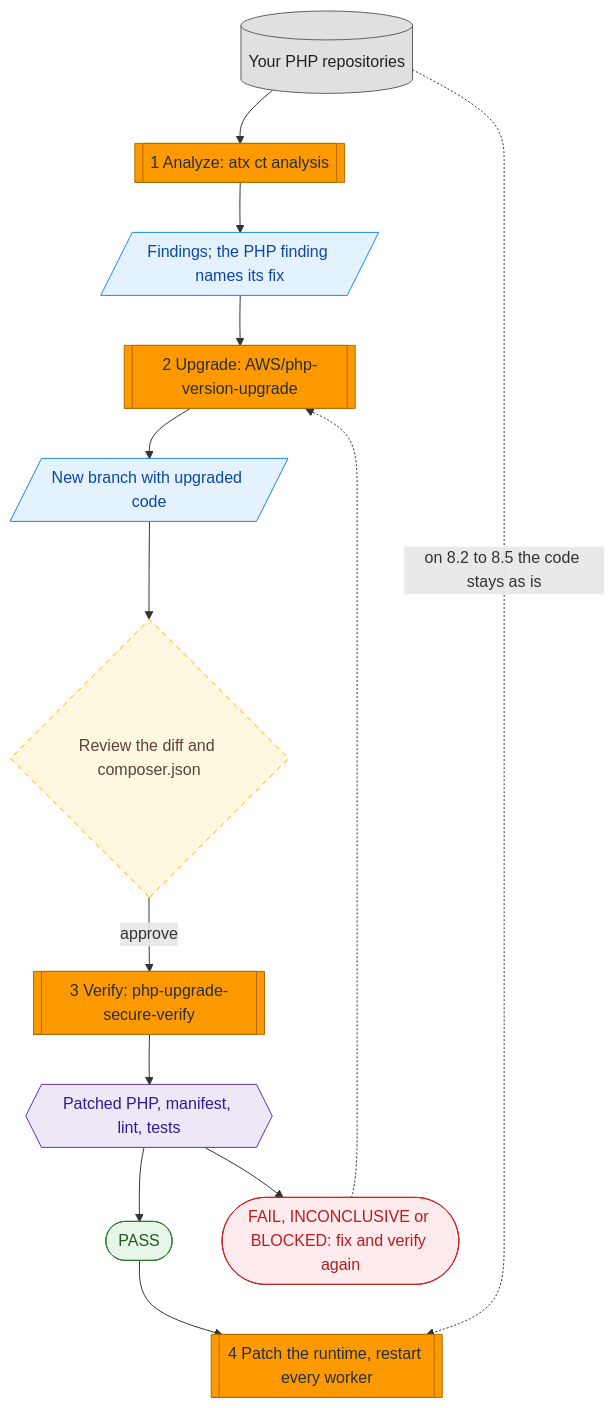
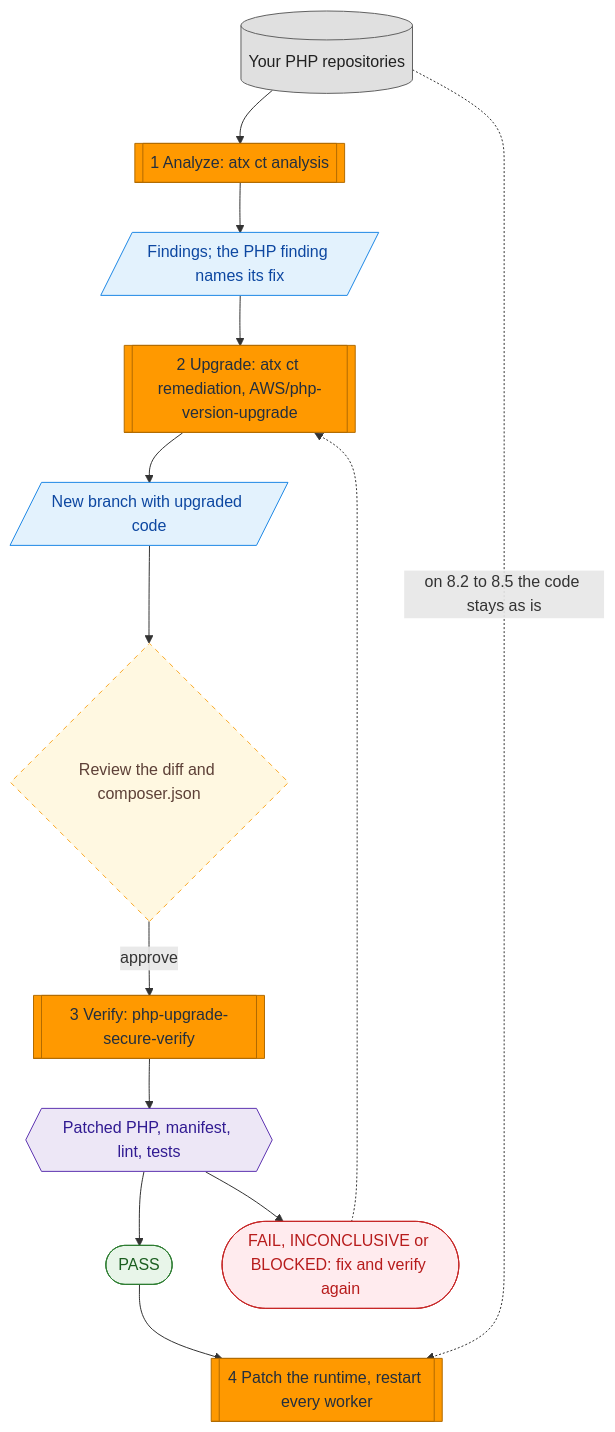
One commit to aws-samples/aws-transform-custom-samples changed the diagram in community-sourced-transformations/php2shell-patch-and-verify/README.md. Above: the diagram before and after it, drawn with Mermaid. The commit also changed other lines of this file and 1 other file, not shown here.

First line of the commit message:
php2shell: start step 2 from continuous modernization findings (atx ct remediation create)

````diff
--- a/community-sourced-transformations/php2shell-patch-and-verify/README.md
+++ b/community-sourced-transformations/php2shell-patch-and-verify/README.md
@@ -34,36 +34,36 @@
 ```mermaid
 flowchart TB
     R[("Your PHP repositories")]
     S1[["1 Analyze: atx ct analysis"]]
     F1[/"Findings; the PHP finding names its fix"/]
-    S2[["2 Upgrade: AWS/php-version-upgrade"]]
+    S2[["2 Upgrade: atx ct remediation, AWS/php-version-upgrade"]]
     B[/"New branch with upgraded code"/]
     H{"Review the diff and composer.json"}
     S3[["3 Verify: php-upgrade-secure-verify"]]
     G{{"Patched PHP, manifest, lint, tests"}}
     OK(["PASS"])
     NO(["FAIL, INCONCLUSIVE or BLOCKED: fix and verify again"])
     S4[["4 Patch the runtime, restart every worker"]]
 
     R --> S1 --> F1 --> S2 --> B --> H
     H -->|approve| S3 --> G
     G --> OK --> S4
     G --> NO
     NO -.-> S2
     R -.->|on 8.2 to 8.5 the code stays as is| S4
 
     classDef src fill:#E0E0E0,stroke:#616161,color:#212121
     classDef step fill:#FF9900,stroke:#B26B00,color:#232F3E
     classDef out fill:#E3F2FD,stroke:#1E88E5,color:#0D47A1
     classDef human fill:#FFF8E1,stroke:#F9A825,stroke-dasharray:5 5,color:#5D4037
     classDef gate fill:#EDE7F6,stroke:#5E35B1,color:#311B92
     classDef pass fill:#E8F5E9,stroke:#2E7D32,color:#1B5E20
     classDef fail fill:#FFEBEE,stroke:#C62828,color:#B71C1C
     class R src
     class S1,S2,S3,S4 step
     class F1,B out
     class H human
     class G gate
     class OK pass
     class NO fail
 ```
````
